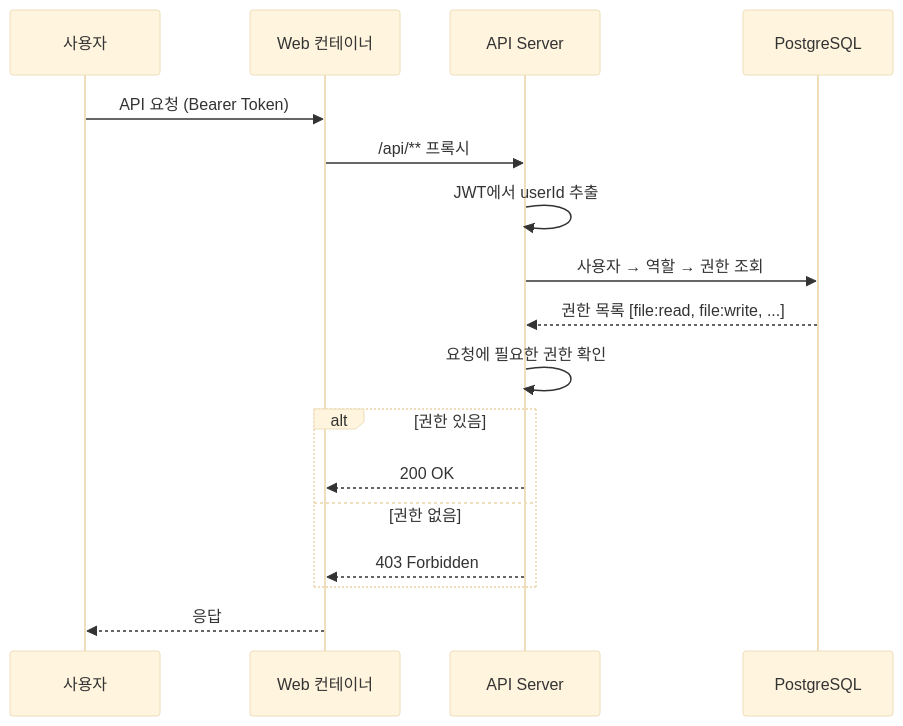
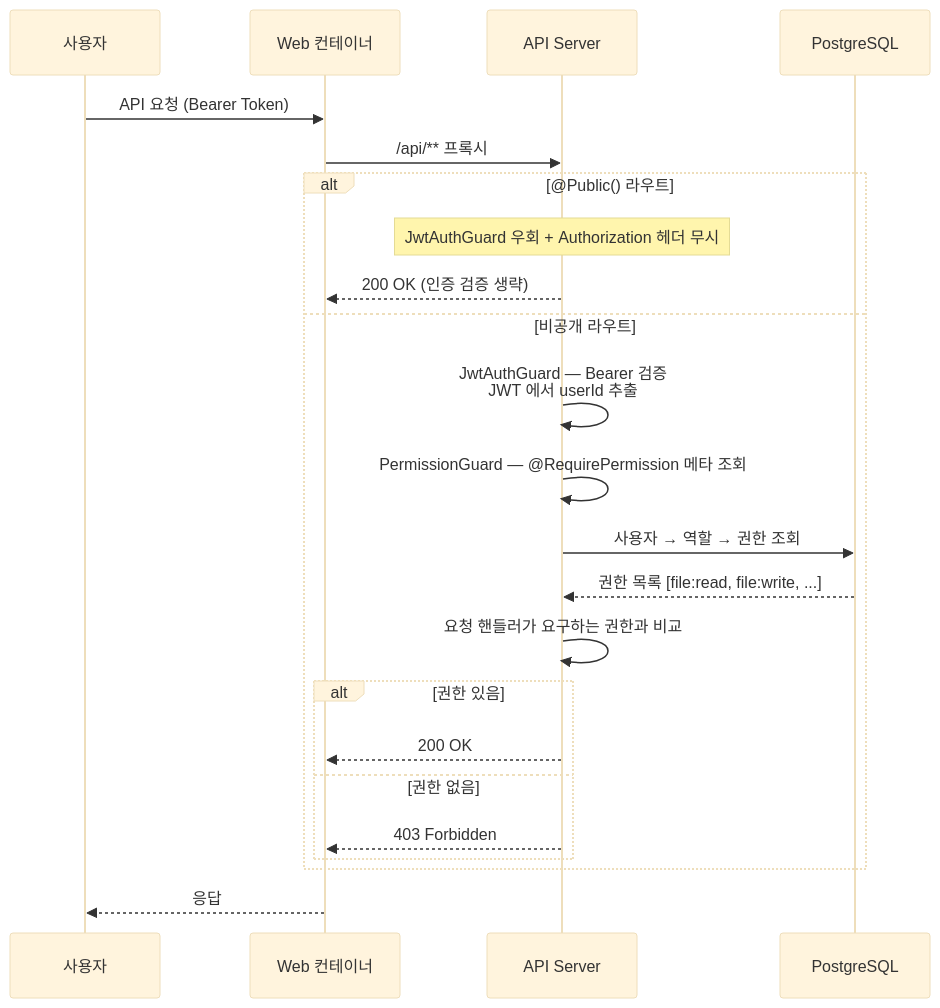
Before and after one commit to idenn207/terab: the sixth of 7 diagrams in docs/planning/architecture.md, drawn with Mermaid (base theme). The commit also changed other lines of this file and 6 other files, not shown here.

First line of the commit message:
docs(arch): 아키텍처 다이어그램 재설계 + ADR 신설 (워크스트림 5)

````diff
--- a/docs/planning/architecture.md
+++ b/docs/planning/architecture.md
@@ -351,20 +418,27 @@
 ```mermaid
 sequenceDiagram
     participant U as 사용자
     participant W as Web 컨테이너
     participant A as API Server
     participant DB as PostgreSQL
 
     U->>W: API 요청 (Bearer Token)
     W->>A: /api/** 프록시
-    A->>A: JWT에서 userId 추출
-    A->>DB: 사용자 → 역할 → 권한 조회
-    DB-->>A: 권한 목록 [file:read, file:write, ...]
-    A->>A: 요청에 필요한 권한 확인
-    alt 권한 있음
-        A-->>W: 200 OK
-    else 권한 없음
-        A-->>W: 403 Forbidden
+
+    alt @Public() 라우트
+        Note over A: JwtAuthGuard 우회 + Authorization 헤더 무시
+        A-->>W: 200 OK (인증 검증 생략)
+    else 비공개 라우트
+        A->>A: JwtAuthGuard — Bearer 검증<br/>JWT 에서 userId 추출
+        A->>A: PermissionGuard — @RequirePermission 메타 조회
+        A->>DB: 사용자 → 역할 → 권한 조회
+        DB-->>A: 권한 목록 [file:read, file:write, ...]
+        A->>A: 요청 핸들러가 요구하는 권한과 비교
+        alt 권한 있음
+            A-->>W: 200 OK
+        else 권한 없음
+            A-->>W: 403 Forbidden
+        end
     end
     W-->>U: 응답
 ```
````
